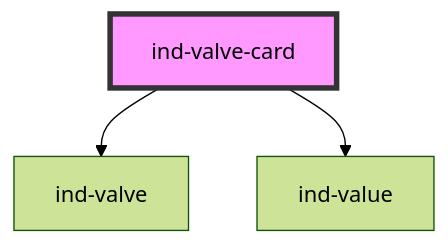
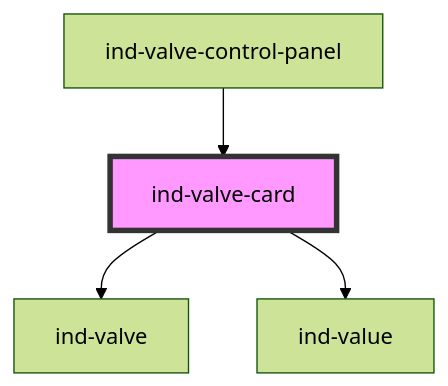
One commit to christophe77/in-ds changed the diagram in packages/core/src/components/molecules/valve-card/readme.md. Above: the diagram before and after it, drawn with Mermaid (forest theme). The commit also changed other lines of this file and 106 other files, not shown here.

````diff
--- a/packages/core/src/components/molecules/valve-card/readme.md
+++ b/packages/core/src/components/molecules/valve-card/readme.md
@@ -42,6 +46,7 @@
 ```mermaid
 graph TD;
   ind-valve-card --> ind-valve
   ind-valve-card --> ind-value
+  ind-valve-control-panel --> ind-valve-card
   style ind-valve-card fill:#f9f,stroke:#333,stroke-width:4px
 ```
````
